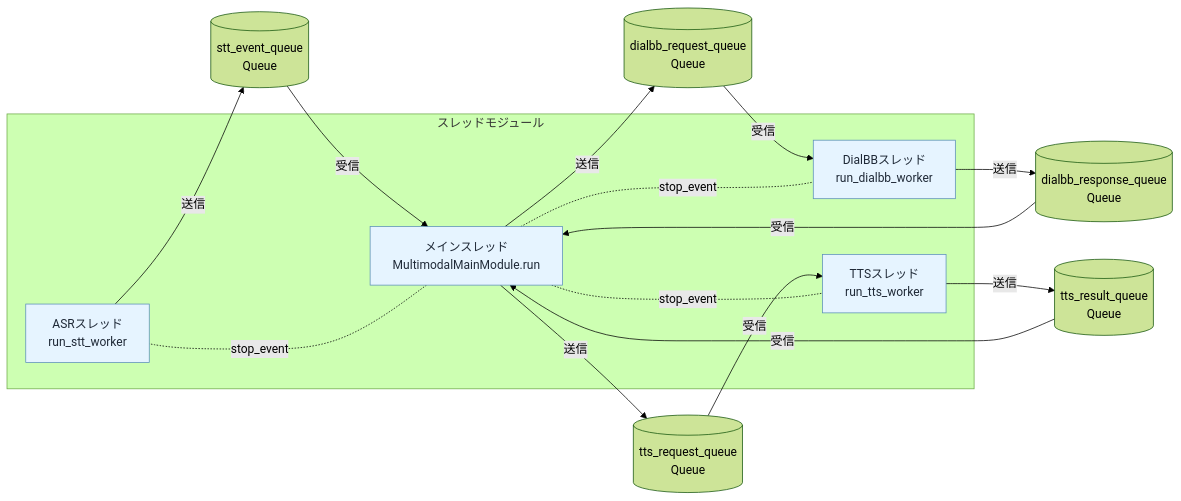
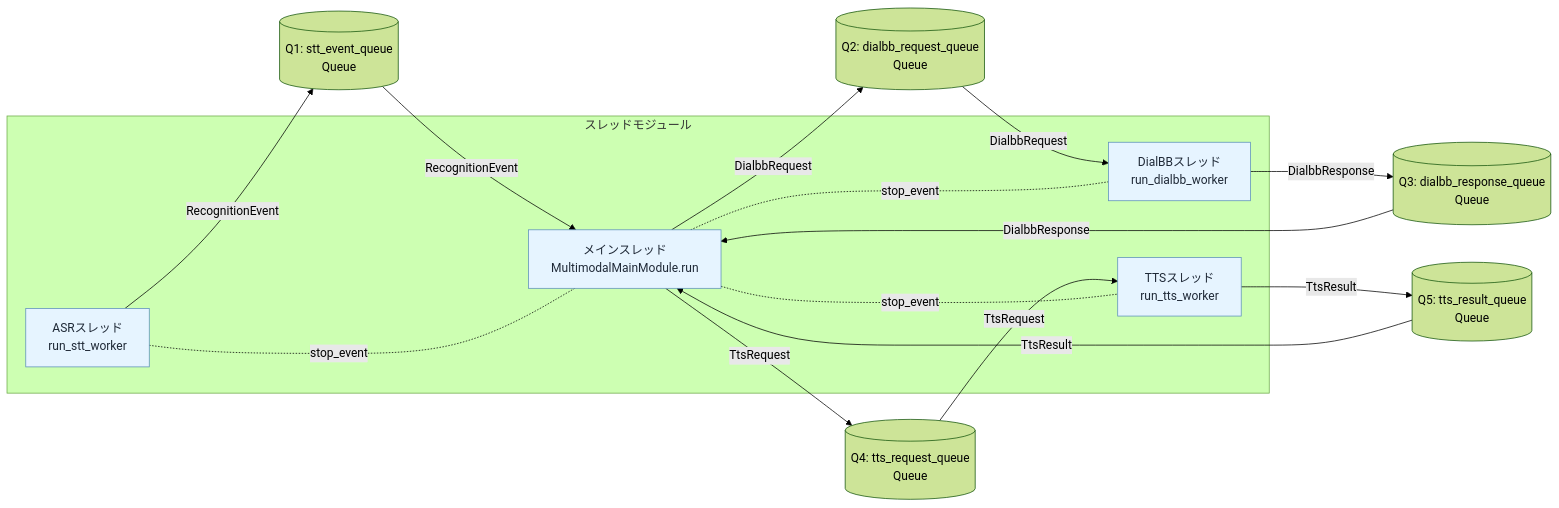
The first of 2 diagrams in mm_client/mm_client/docs/message_spec.md (c4a-ri/dialbb), drawn with Mermaid (forest theme) before and after one commit. The commit also changed other lines of this file and 3 other files, not shown here.

````diff
--- a/mm_client/mm_client/docs/message_spec.md
+++ b/mm_client/mm_client/docs/message_spec.md
@@ -17,37 +31,37 @@
 ```mermaid
 flowchart LR
   subgraph Threads[スレッドモジュール]
     STT[ASRスレッド\nrun_stt_worker]
     MAIN[メインスレッド\nMultimodalMainModule.run]
     DIALBB[DialBBスレッド\nrun_dialbb_worker]
     TTS[TTSスレッド\nrun_tts_worker]
   end
 
-  Q1[(stt_event_queue\nQueue<RecognitionEvent>)]
-  Q2[(dialbb_request_queue\nQueue<DialbbRequest>)]
-  Q3[(dialbb_response_queue\nQueue<DialbbResponse>)]
-  Q4[(tts_request_queue\nQueue<TtsRequest>)]
-  Q5[(tts_result_queue\nQueue<TtsResult>)]
+  Q1[(Q1: stt_event_queue\nQueue<RecognitionEvent>)]
+  Q2[(Q2: dialbb_request_queue\nQueue<DialbbRequest>)]
+  Q3[(Q3: dialbb_response_queue\nQueue<DialbbResponse>)]
+  Q4[(Q4: tts_request_queue\nQueue<TtsRequest>)]
+  Q5[(Q5: tts_result_queue\nQueue<TtsResult>)]
 
-  STT -->|送信| Q1
-  Q1 -->|受信| MAIN
+  STT -->|RecognitionEvent| Q1
+  Q1 -->|RecognitionEvent| MAIN
 
-  MAIN -->|送信| Q2
-  Q2 -->|受信| DIALBB
+  MAIN -->|DialbbRequest| Q2
+  Q2 -->|DialbbRequest| DIALBB
 
-  DIALBB -->|送信| Q3
-  Q3 -->|受信| MAIN
+  DIALBB -->|DialbbResponse| Q3
+  Q3 -->|DialbbResponse| MAIN
 
-  MAIN -->|送信| Q4
-  Q4 -->|受信| TTS
+  MAIN -->|TtsRequest| Q4
+  Q4 -->|TtsRequest| TTS
 
-  TTS -->|送信| Q5
-  Q5 -->|受信| MAIN
+  TTS -->|TtsResult| Q5
+  Q5 -->|TtsResult| MAIN
 
   MAIN -. stop_event .- STT
   MAIN -. stop_event .- DIALBB
   MAIN -. stop_event .- TTS
 
   classDef thread fill:#e6f4ff,stroke:#5b8fb9,color:#1f2937;
   class STT,MAIN,DIALBB,TTS thread;
 ```
````
